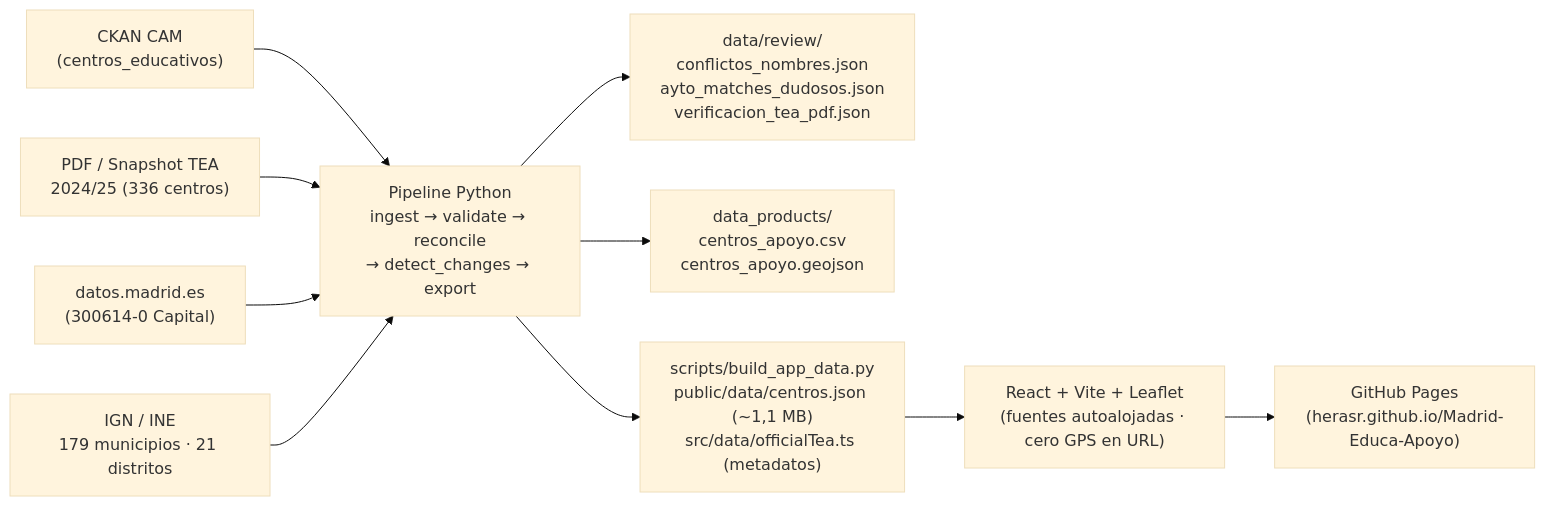
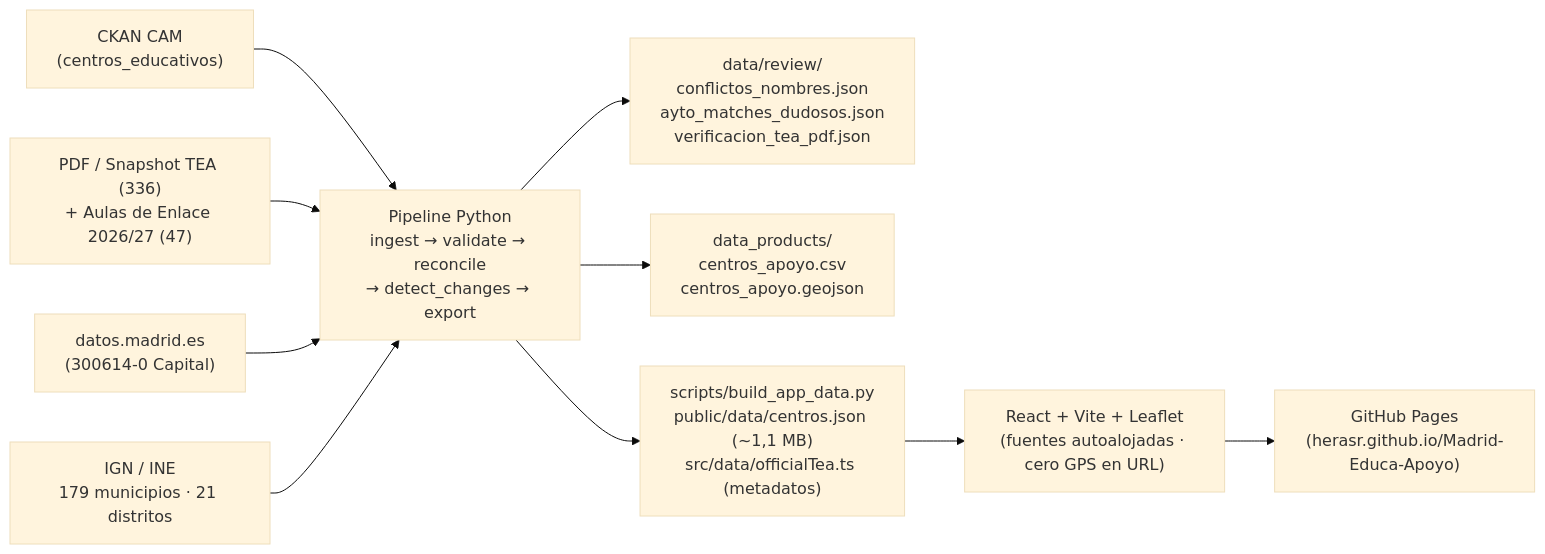
One commit to herasr/Madrid-Educa-Apoyo changed the diagram in README.md. Above: the diagram before and after it, drawn with Mermaid (base theme). The commit also changed other lines of this file and 38 other files, not shown here.

````diff
--- a/README.md
+++ b/README.md
@@ -25,14 +25,14 @@
 ```mermaid
 flowchart LR
   S1["CKAN CAM\n(centros_educativos)"] --> P["Pipeline Python\ningest → validate → reconcile\n→ detect_changes → export"]
-  S2["PDF / Snapshot TEA\n2024/25 (336 centros)"] --> P
+  S2["PDF / Snapshot TEA (336)\n+ Aulas de Enlace 2026/27 (47)"] --> P
   S3["datos.madrid.es\n(300614-0 Capital)"] --> P
   S4["IGN / INE\n179 municipios · 21 distritos"] --> P
 
   P --> R["data/review/\nconflictos_nombres.json\nayto_matches_dudosos.json\nverificacion_tea_pdf.json"]
   P --> D["data_products/\ncentros_apoyo.csv\ncentros_apoyo.geojson"]
   P --> W["scripts/build_app_data.py\npublic/data/centros.json (~1,1 MB)\nsrc/data/officialTea.ts (metadatos)"]
 
   W --> SPA["React + Vite + Leaflet\n(fuentes autoalojadas · cero GPS en URL)"]
   SPA --> GHP["GitHub Pages\n(herasr.github.io/Madrid-Educa-Apoyo)"]
 ```
````
